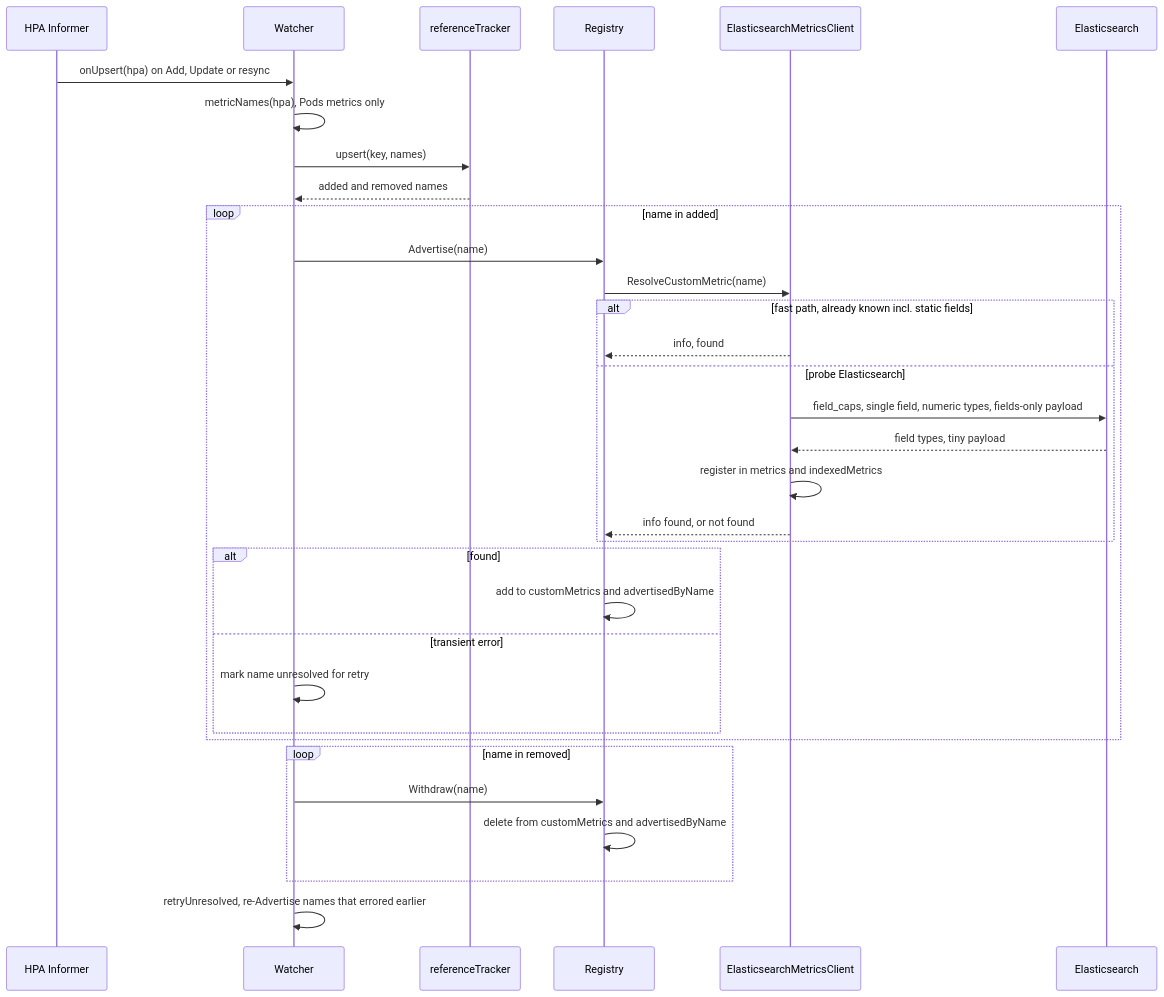
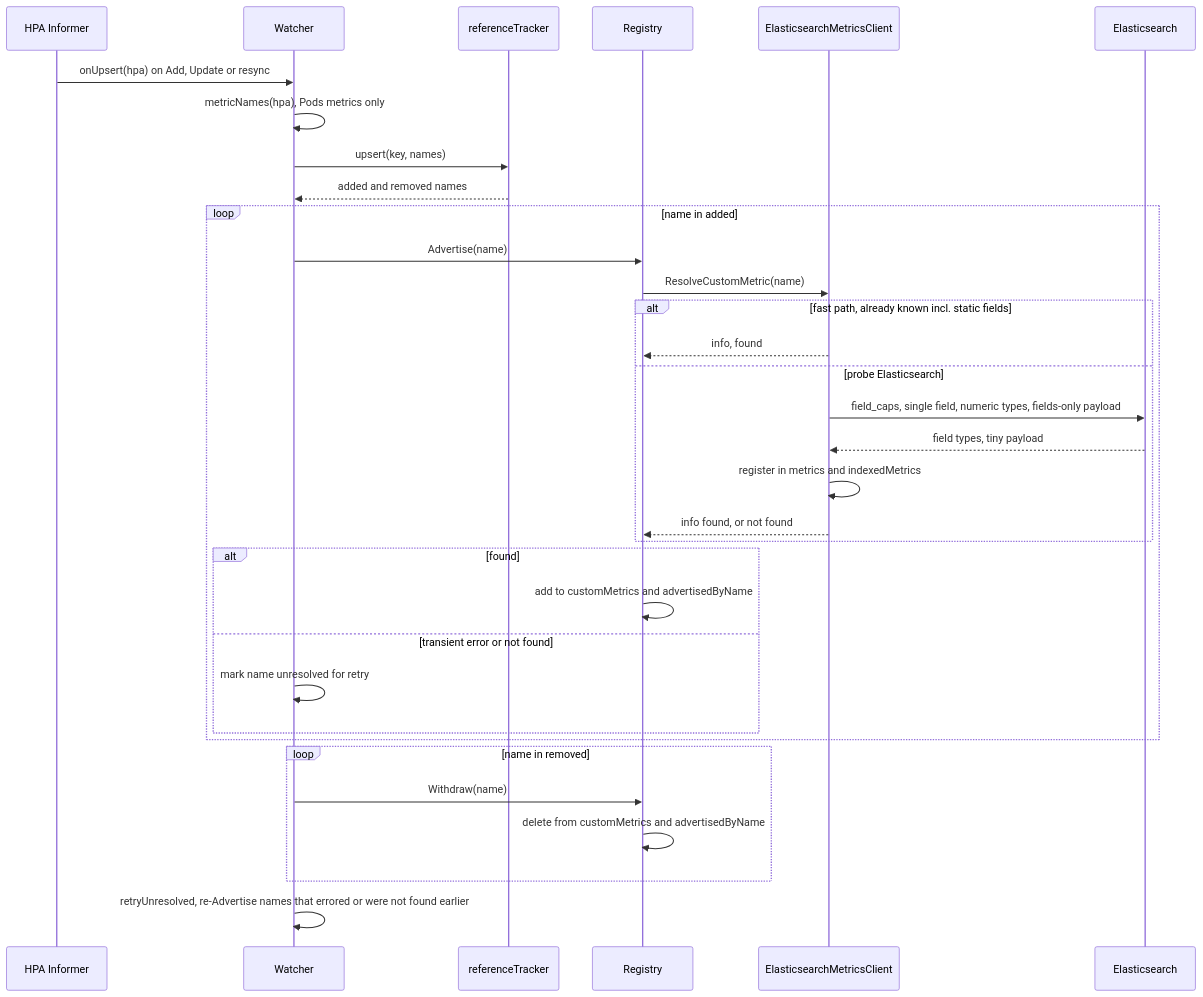
One commit to elastic/elasticsearch-k8s-metrics-adapter changed the third of 5 diagrams in docs/hpa-discovery.md. Above: the diagram before and after it, drawn with Mermaid. The commit also changed other lines of this file and 4 other files, not shown here.

First line of the commit message:
fix(hpa): retry a metric that Elasticsearch does not serve yet

````diff
--- a/docs/hpa-discovery.md
+++ b/docs/hpa-discovery.md
@@ -194,36 +194,36 @@
 ```mermaid
 sequenceDiagram
     participant Inf as HPA Informer
     participant W as Watcher
     participant T as referenceTracker
     participant Reg as Registry
     participant ES as ElasticsearchMetricsClient
     participant ESsrv as Elasticsearch
 
     Inf->>W: onUpsert(hpa) on Add, Update or resync
     W->>W: metricNames(hpa), Pods metrics only
     W->>T: upsert(key, names)
     T-->>W: added and removed names
     loop name in added
         W->>Reg: Advertise(name)
         Reg->>ES: ResolveCustomMetric(name)
         alt fast path, already known incl. static fields
             ES-->>Reg: info, found
         else probe Elasticsearch
             ES->>ESsrv: field_caps, single field, numeric types, fields-only payload
             ESsrv-->>ES: field types, tiny payload
             ES->>ES: register in metrics and indexedMetrics
             ES-->>Reg: info found, or not found
         end
         alt found
             Reg->>Reg: add to customMetrics and advertisedByName
-        else transient error
+        else transient error or not found
             W->>W: mark name unresolved for retry
         end
     end
     loop name in removed
         W->>Reg: Withdraw(name)
         Reg->>Reg: delete from customMetrics and advertisedByName
     end
-    W->>W: retryUnresolved, re-Advertise names that errored earlier
+    W->>W: retryUnresolved, re-Advertise names that errored or were not found earlier
 ```
````
